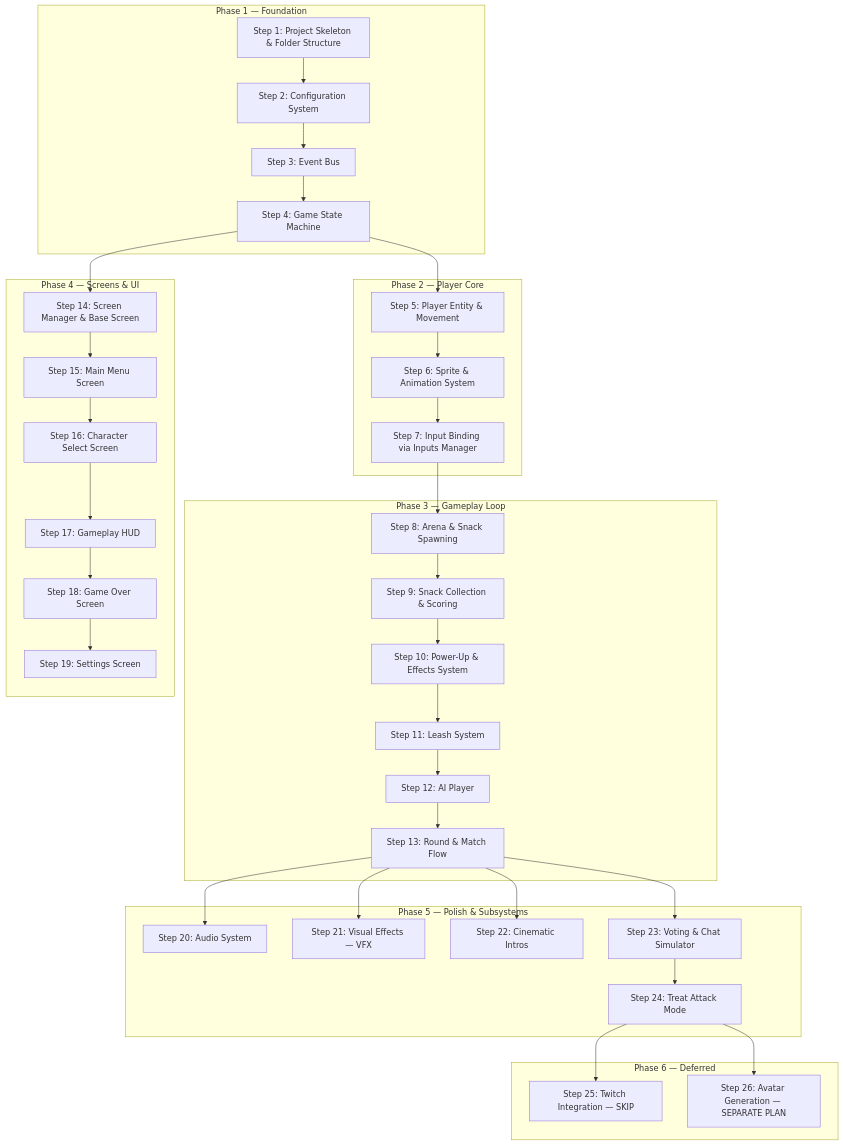
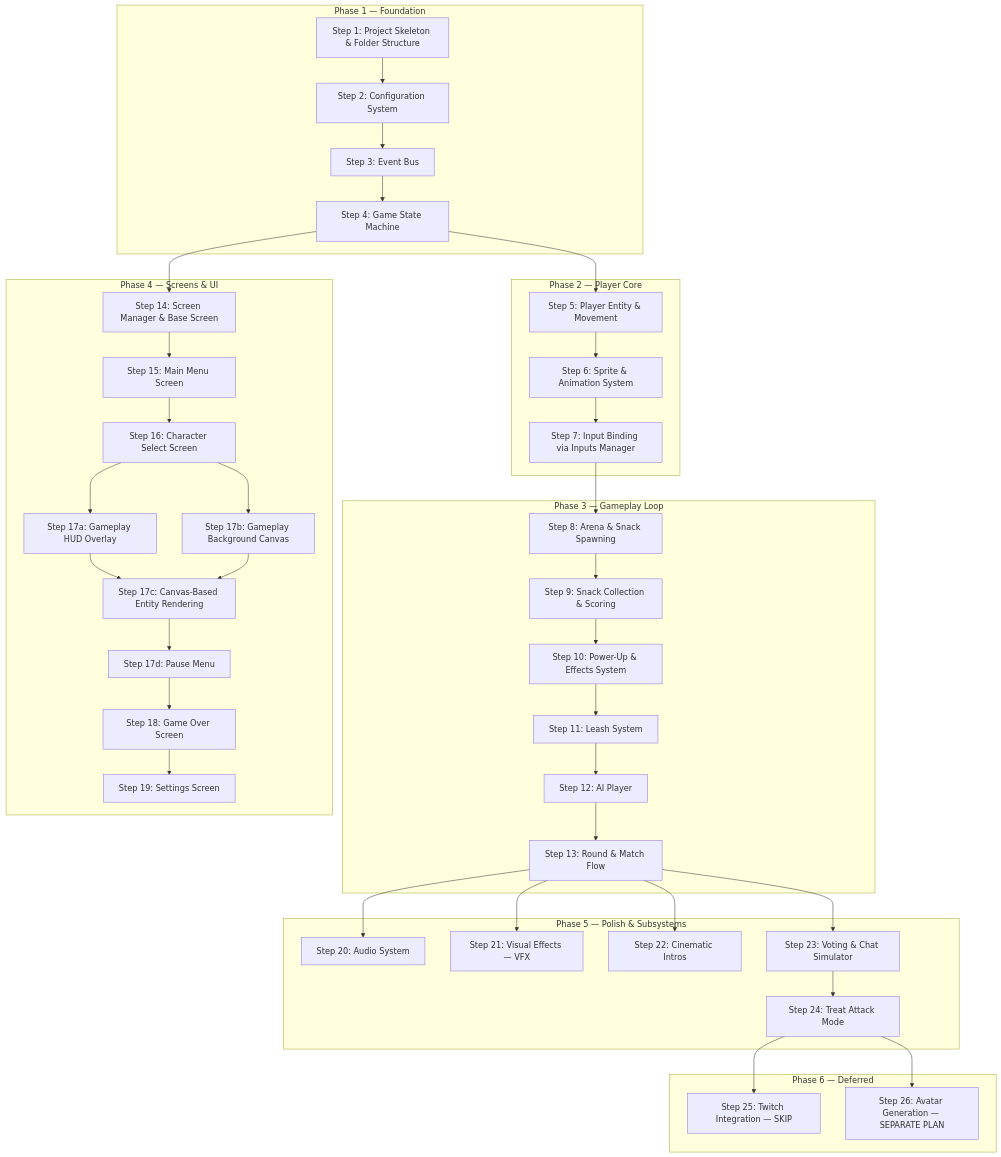
The first of 6 diagrams in CONVERSION_PLAN.md (graphcs/TreatStormUnityPort), drawn with Mermaid before and after one commit. The commit also changed other lines of this file and 9 other files, not shown here.

````diff
--- a/CONVERSION_PLAN.md
+++ b/CONVERSION_PLAN.md
@@ -11,57 +11,61 @@
 ```mermaid
 graph TD
     subgraph "Phase 1 — Foundation"
         S1[Step 1: Project Skeleton & Folder Structure]
         S2[Step 2: Configuration System]
         S3[Step 3: Event Bus]
         S4[Step 4: Game State Machine]
     end
 
     subgraph "Phase 2 — Player Core"
         S5[Step 5: Player Entity & Movement]
         S6[Step 6: Sprite & Animation System]
         S7[Step 7: Input Binding via Inputs Manager]
     end
 
     subgraph "Phase 3 — Gameplay Loop"
         S8[Step 8: Arena & Snack Spawning]
         S9[Step 9: Snack Collection & Scoring]
         S10[Step 10: Power-Up & Effects System]
         S11[Step 11: Leash System]
         S12[Step 12: AI Player]
         S13[Step 13: Round & Match Flow]
     end
 
     subgraph "Phase 4 — Screens & UI"
         S14[Step 14: Screen Manager & Base Screen]
         S15[Step 15: Main Menu Screen]
         S16[Step 16: Character Select Screen]
-        S17[Step 17: Gameplay HUD]
+        S17a[Step 17a: Gameplay HUD Overlay]
+        S17b[Step 17b: Gameplay Background Canvas]
+        S17c[Step 17c: Canvas-Based Entity Rendering]
+        S17d[Step 17d: Pause Menu]
         S18[Step 18: Game Over Screen]
         S19[Step 19: Settings Screen]
     end
 
     subgraph "Phase 5 — Polish & Subsystems"
         S20[Step 20: Audio System]
         S21[Step 21: Visual Effects — VFX]
         S22[Step 22: Cinematic Intros]
         S23[Step 23: Voting & Chat Simulator]
         S24[Step 24: Treat Attack Mode]
     end
 
     subgraph "Phase 6 — Deferred"
         S25[Step 25: Twitch Integration — SKIP]
         S26[Step 26: Avatar Generation — SEPARATE PLAN]
     end
 
     S1 --> S2 --> S3 --> S4
     S4 --> S5 --> S6 --> S7
     S7 --> S8 --> S9 --> S10 --> S11 --> S12 --> S13
-    S4 --> S14 --> S15 --> S16 --> S17 --> S18 --> S19
+    S4 --> S14 --> S15 --> S16 --> S17a --> S17c --> S17d --> S18 --> S19
+    S16 --> S17b --> S17c
     S13 --> S20
     S13 --> S21
     S13 --> S22
     S13 --> S23 --> S24
     S24 --> S25
     S24 --> S26
 ```
````
